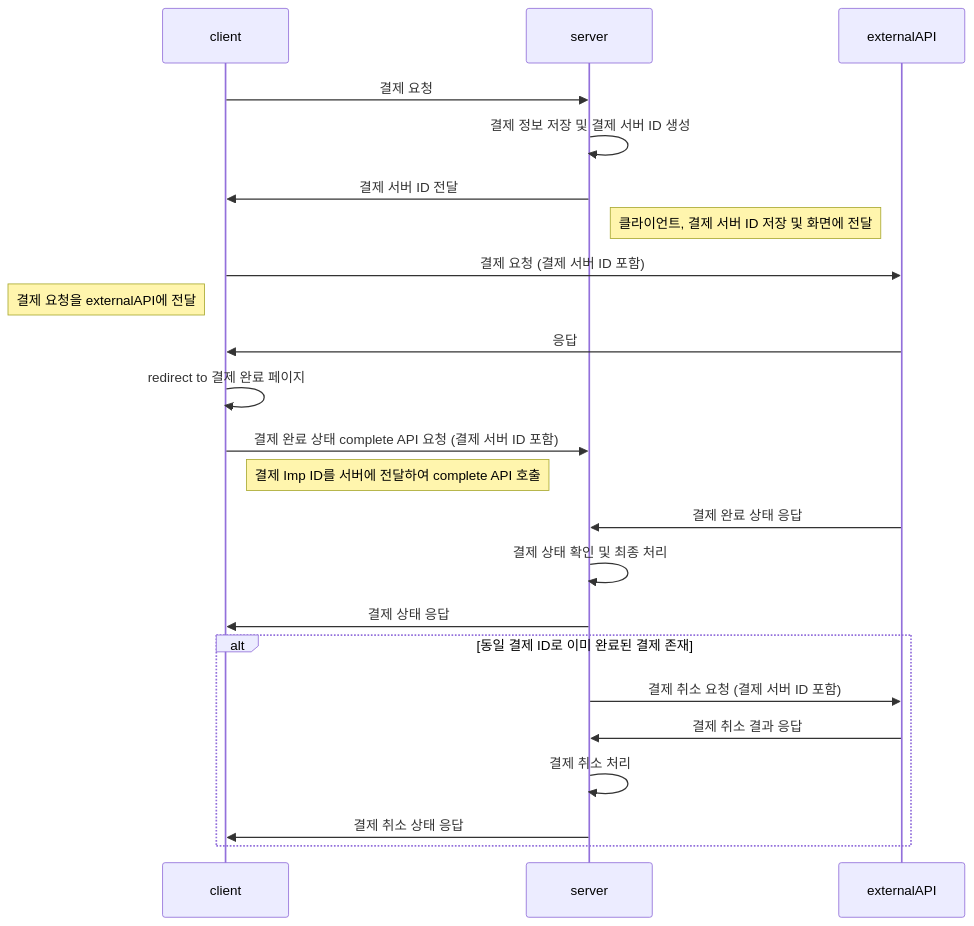
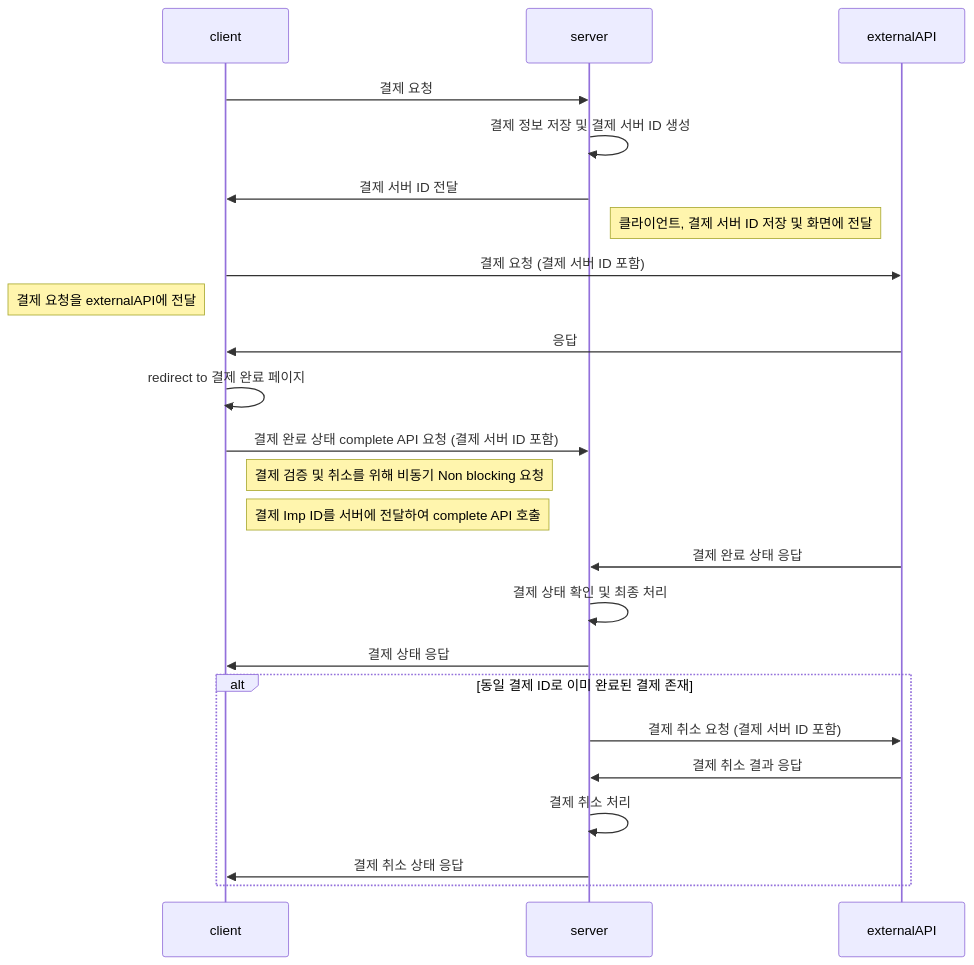
One commit to gudcks0305/payments-apply changed the diagram in ReadME.md. Above: the diagram before and after it, drawn with Mermaid. The commit also changed 7 other files, not shown here.

````diff
--- a/ReadME.md
+++ b/ReadME.md
@@ -14,28 +14,30 @@
 ```mermaid
 sequenceDiagram
   participant client
   participant server
   participant externalAPI
 
   client->>server: 결제 요청
   server->>server: 결제 정보 저장 및 결제 서버 ID 생성
   server->>client: 결제 서버 ID 전달
   Note right of server: 클라이언트, 결제 서버 ID 저장 및 화면에 전달
   client->>externalAPI: 결제 요청 (결제 서버 ID 포함)
   Note left of client: 결제 요청을 externalAPI에 전달
   externalAPI->>client: 응답
   client->>client: redirect to 결제 완료 페이지
+  
   client->>server: 결제 완료 상태 complete API 요청 (결제 서버 ID 포함)
+  Note right of client: 결제 검증 및 취소를 위해 비동기 Non blocking 요청
   Note right of client: 결제 Imp ID를 서버에 전달하여 complete API 호출
   externalAPI->>server: 결제 완료 상태 응답
   server->>server: 결제 상태 확인 및 최종 처리
   server->>client: 결제 상태 응답
 
   alt 동일 결제 ID로 이미 완료된 결제 존재
     server->>externalAPI: 결제 취소 요청 (결제 서버 ID 포함)
     externalAPI->>server: 결제 취소 결과 응답
     server->>server: 결제 취소 처리
     server->>client: 결제 취소 상태 응답
   end
   
 ```
````
